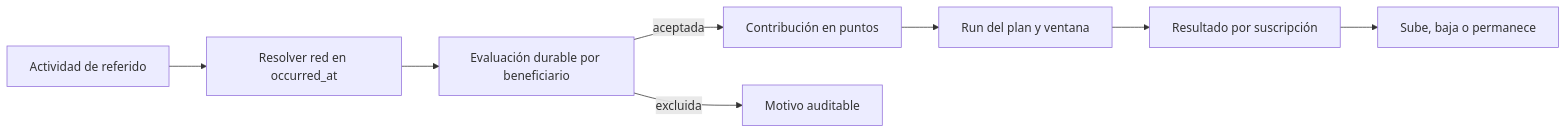
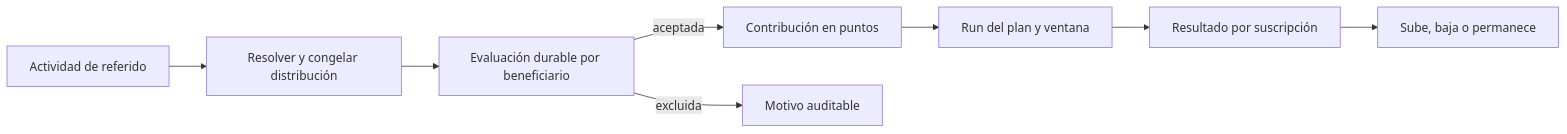
The second of 3 diagrams in docs/bds/progression.bds.md (MMTech-Solutions/ib-service), drawn with Mermaid before and after one commit. The commit also changed other lines of this file and 46 other files, not shown here.

````diff
--- a/docs/bds/progression.bds.md
+++ b/docs/bds/progression.bds.md
@@ -55,10 +56,10 @@
 ```mermaid
 flowchart LR
-    A[Actividad de referido] --> B[Resolver red en occurred_at]
+    A[Actividad de referido] --> B[Resolver y congelar distribución]
     B --> C[Evaluación durable por beneficiario]
     C -->|aceptada| D[Contribución en puntos]
     C -->|excluida| E[Motivo auditable]
     D --> F[Run del plan y ventana]
     F --> G[Resultado por suscripción]
     G --> H[Sube, baja o permanece]
 ```
````
